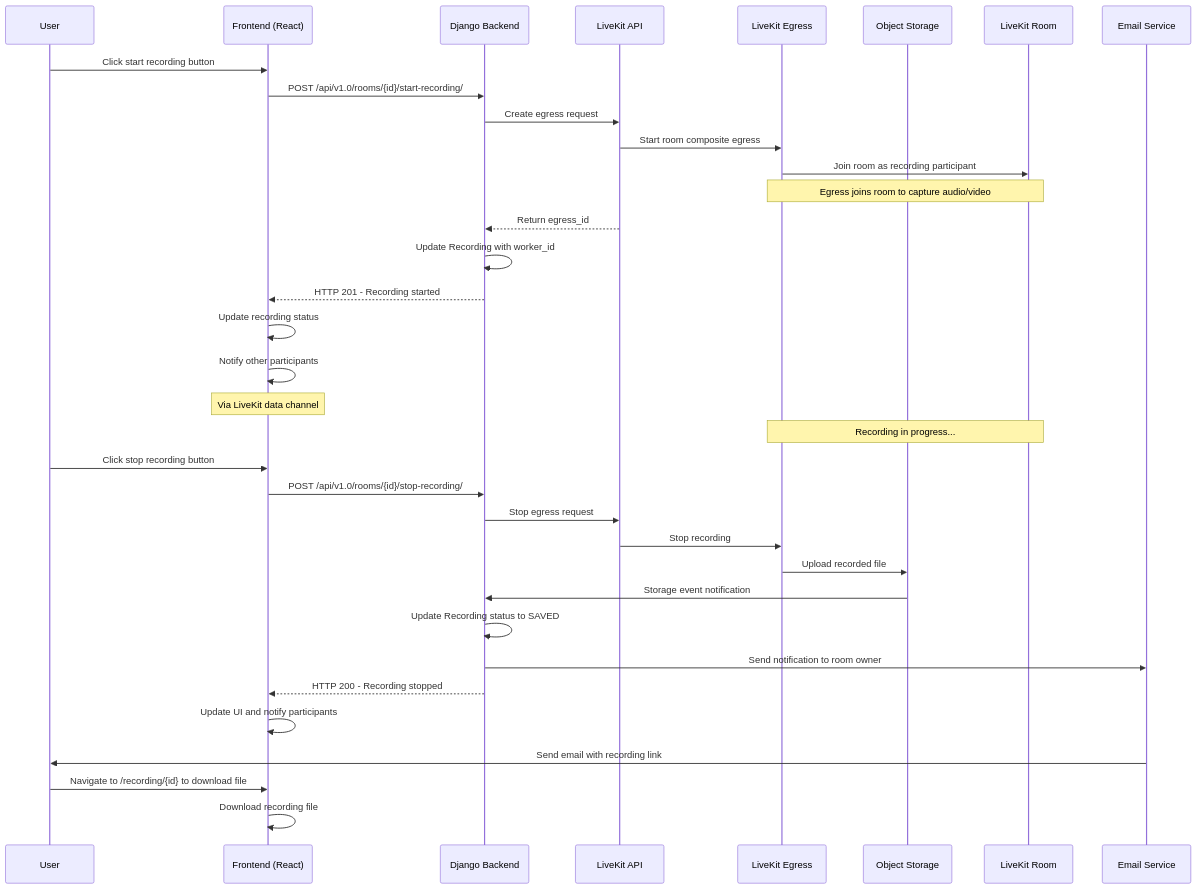
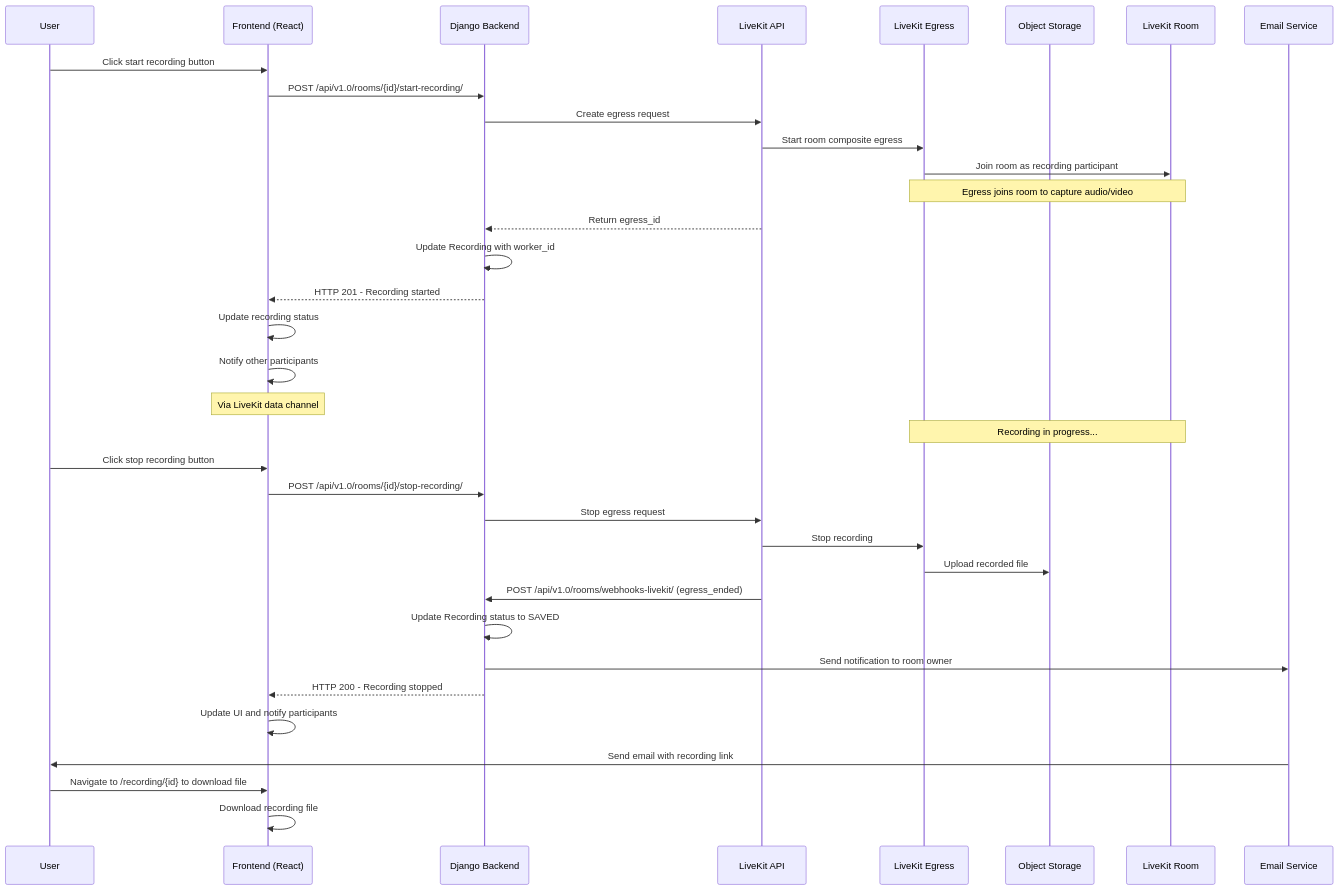
Before and after one commit to suitenumerique/meet: the diagram in docs/features/recording.md, drawn with Mermaid. The commit also changed other lines of this file and 17 other files, not shown here.

First line of the commit message:
🔥(backend) remove the S3 storage-event webhook for recordings

````diff
--- a/docs/features/recording.md
+++ b/docs/features/recording.md
@@ -40,49 +37,49 @@
 ```mermaid
 sequenceDiagram
     participant User
     participant Frontend as Frontend (React)
     participant Backend as Django Backend
     participant LiveKit as LiveKit API
     participant Egress as LiveKit Egress
     participant Storage as Object Storage
     participant Room as LiveKit Room
     participant Email as Email Service
 
     User->>Frontend: Click start recording button
     
     Frontend->>Backend: POST /api/v1.0/rooms/{id}/start-recording/
   
     Backend->>LiveKit: Create egress request
     
     LiveKit->>Egress: Start room composite egress
     Egress->>Room: Join room as recording participant
     Note over Egress,Room: Egress joins room to capture audio/video
     
     LiveKit-->>Backend: Return egress_id
     Backend->>Backend: Update Recording with worker_id
     Backend-->>Frontend: HTTP 201 - Recording started
     
     Frontend->>Frontend: Update recording status
     Frontend->>Frontend: Notify other participants
     Note over Frontend: Via LiveKit data channel
     
     Note over Egress,Room: Recording in progress...
     
     User->>Frontend: Click stop recording button
     Frontend->>Backend: POST /api/v1.0/rooms/{id}/stop-recording/
     
     Backend->>LiveKit: Stop egress request
     LiveKit->>Egress: Stop recording
     Egress->>Storage: Upload recorded file
     
-    Storage->>Backend: Storage event notification
+    LiveKit->>Backend: POST /api/v1.0/rooms/webhooks-livekit/ (egress_ended)
     Backend->>Backend: Update Recording status to SAVED
     Backend->>Email: Send notification to room owner
     
     Backend-->>Frontend: HTTP 200 - Recording stopped
     Frontend->>Frontend: Update UI and notify participants
     
     Email->>User: Send email with recording link
     User->>Frontend: Navigate to /recording/{id} to download file
     Frontend->>Frontend: Download recording file
 ```
````
